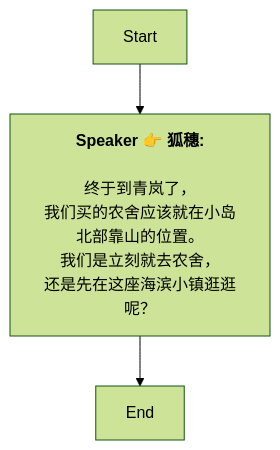
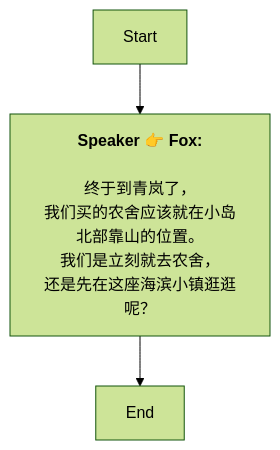
One commit to SoftHu/tos_avg changed the diagram in Zh/GameStartAvg.md. Above: the diagram before and after it, drawn with Mermaid (forest theme). The commit also changed 737 other files, not shown here.

````diff
--- a/Zh/GameStartAvg.md
+++ b/Zh/GameStartAvg.md
@@ -1,11 +1,9 @@
 ```mermaid
 graph
-Start -->1738357218525366[<b>Speaker 👉 狐穗:</b>
-
-终于到青岚了，
-我们买的农舍应该就在小岛北部靠山的位置。
-我们是立刻就去农舍，
+Start -->1738357218525366[<b>Speaker 👉 Fox:</b>
+\n终于到青岚了，
+我们买的农舍应该就在小岛北部靠山的位置。\n我们是立刻就去农舍，
 还是先在这座海滨小镇逛逛呢？]
 1738357218525366 -->1738357311415479[End]
 
- ```
+```
````
